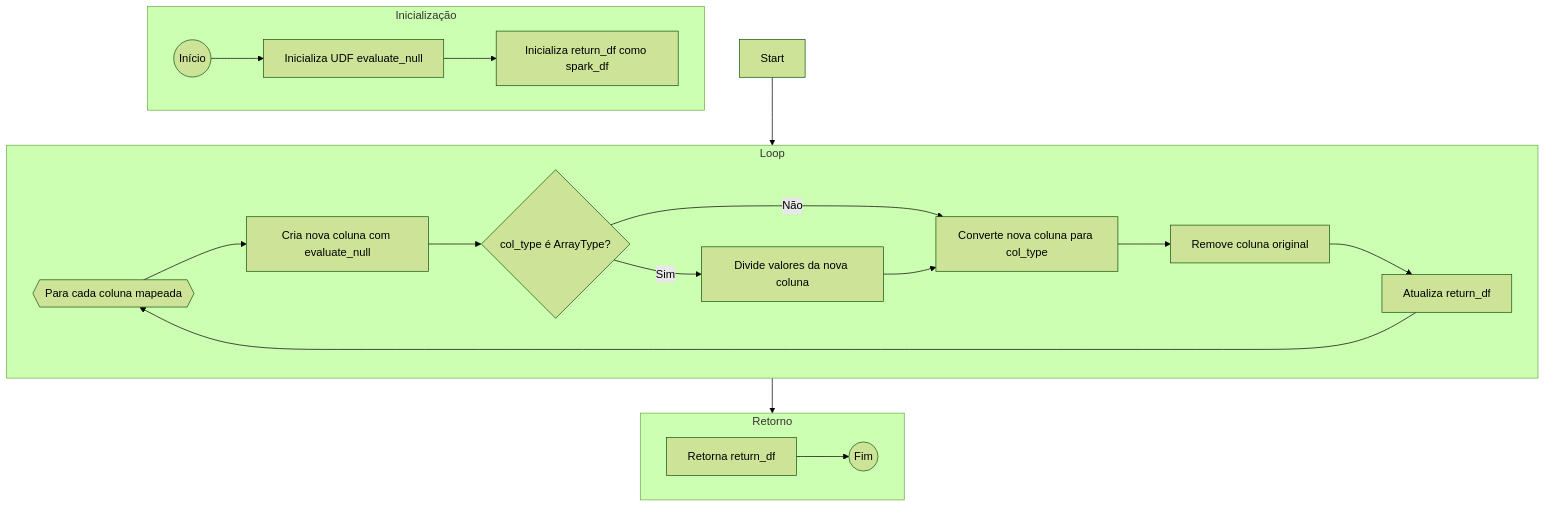
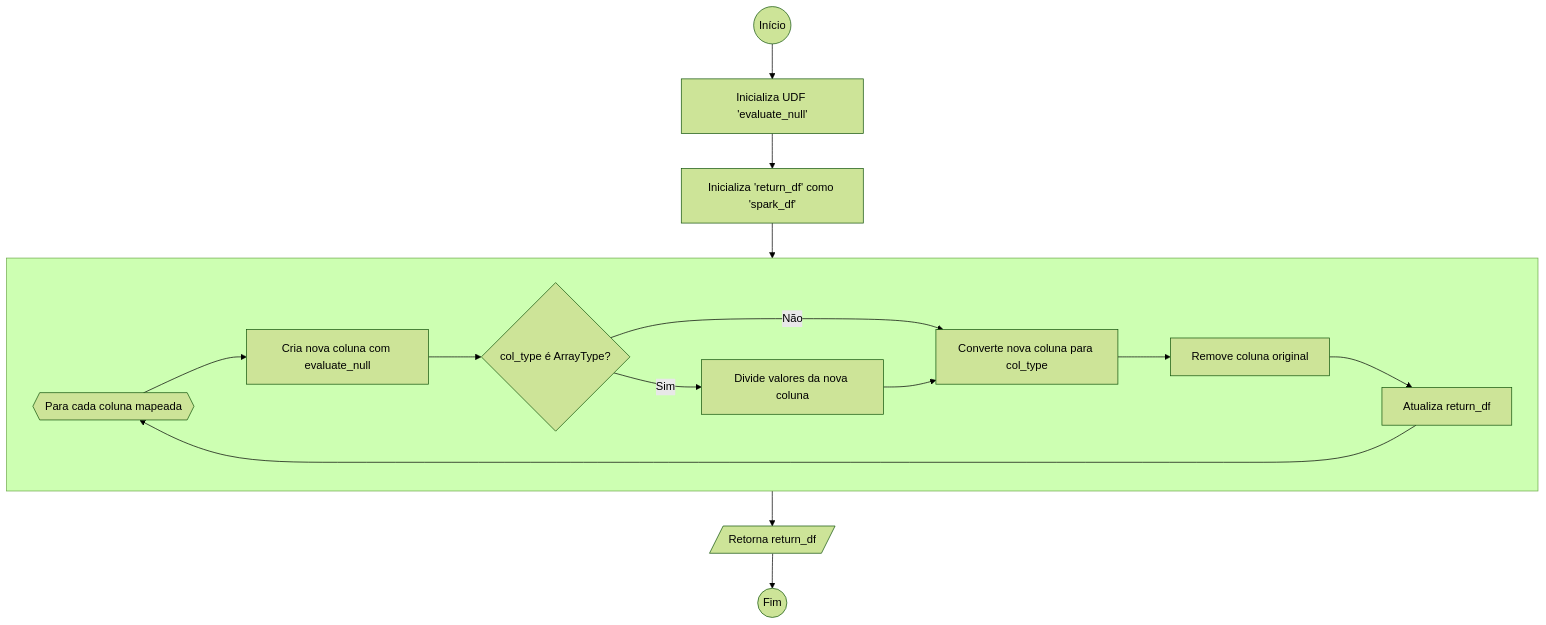
Before and after one commit to GustavCampos/Programa-de-bolsas-Compasso: the third of 4 diagrams in Sprint 8/Desafios/README.md, drawn with Mermaid (forest theme). The commit also changed other lines of this file and 1 other file, not shown here.

Commit message:
Documentation Update: createTrustedDataLocal flow completed

````diff
--- a/Sprint 8/Desafios/README.md
+++ b/Sprint 8/Desafios/README.md
@@ -139,44 +143,37 @@
 ```mermaid
 flowchart TD
-    subgraph Inicialização
-        direction LR
+    start((Início))
 
-        start((Início))
-        i_evaluate_null[Inicializa UDF evaluate_null]
-        i_return_df[Inicializa return_df como spark_df]
+    i_evaluate_null[Inicializa UDF 'evaluate_null']
+    i_return_df[Inicializa 'return_df' como 'spark_df']
 
-        start --> i_evaluate_null
-        i_evaluate_null --> i_return_df
-    end
+    start --> i_evaluate_null
+    i_evaluate_null --> i_return_df
+    i_return_df --> sb_column
 
-    subgraph Loop
+
+    subgraph sb_column[" "]
         column_loop{{Para cada coluna mapeada}}
         col_is_array{col_type é ArrayType?}
         evaluate_null[Cria nova coluna com evaluate_null]
         explode_values[Divide valores da nova coluna]
         cast_type[Converte nova coluna para col_type]
         drop_col[Remove coluna original]
         update_return[Atualiza return_df]
 
         column_loop --> evaluate_null
         evaluate_null --> col_is_array
         col_is_array -->|Sim| explode_values
         col_is_array -->|Não| cast_type
         explode_values --> cast_type
         cast_type --> drop_col
         drop_col --> update_return
         update_return --> column_loop
     end
 
-    subgraph Retorno
-        direction LR
+    return[/Retorna return_df/]
+    flow_end((Fim))
 
-        return[Retorna return_df]
-        flow_end((Fim))
-
-        return --> flow_end
-    end
-
-    Start --> Loop
-    Loop --> Retorno
+    sb_column --> return
+    return --> flow_end
 ```
````
